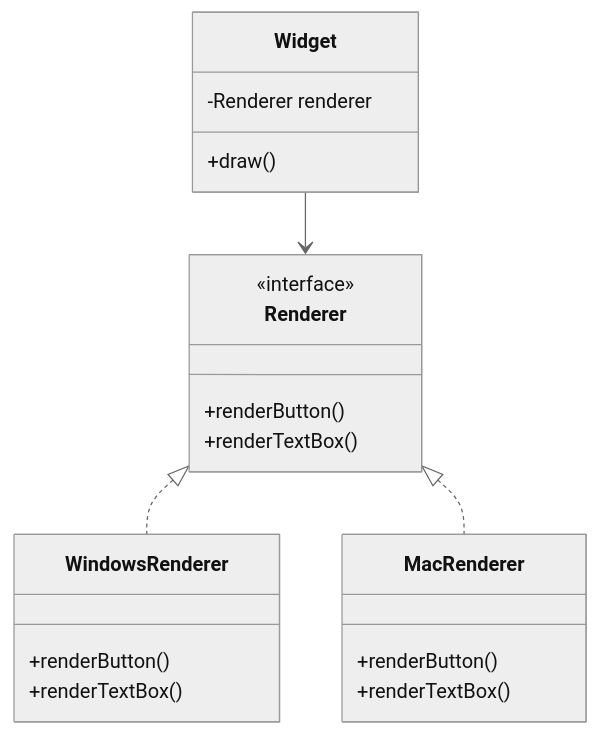
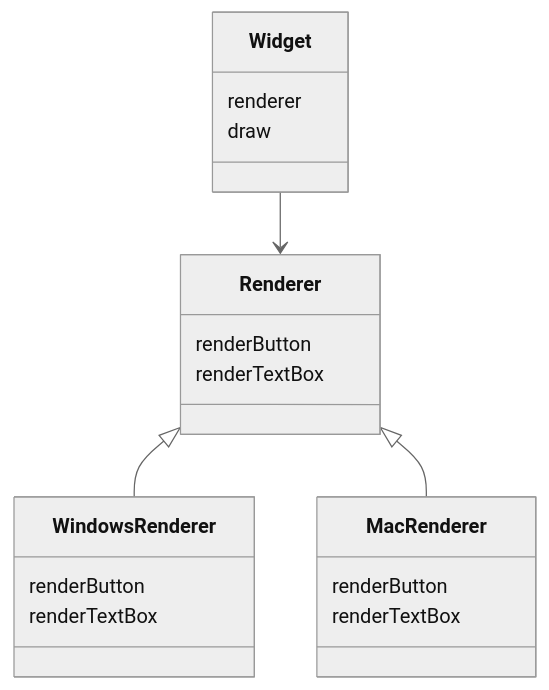
Before and after one commit to gojosatoru123-ux/CacheU: the sixth of 10 diagrams in src/content/lld-bridge-design-pattern.md, drawn with Mermaid (neutral theme). The commit also changed other lines of this file and 21 other files, not shown here.

````diff
--- a/src/content/lld-bridge-design-pattern.md
+++ b/src/content/lld-bridge-design-pattern.md
@@ -404,27 +402,26 @@
 ```mermaid
 classDiagram
-    class Widget {
-        -Renderer renderer
-        +draw()
-    }
+class Widget {
+    renderer
+    draw
+}
 
-    class Renderer {
-        <<interface>>
-        +renderButton()
-        +renderTextBox()
-    }
+class Renderer {
+    renderButton
+    renderTextBox
+}
 
-    class WindowsRenderer {
-        +renderButton()
-        +renderTextBox()
-    }
+class WindowsRenderer {
+    renderButton
+    renderTextBox
+}
 
-    class MacRenderer {
-        +renderButton()
-        +renderTextBox()
-    }
+class MacRenderer {
+    renderButton
+    renderTextBox
+}
 
-    Widget --> Renderer
-    Renderer <|.. WindowsRenderer
-    Renderer <|.. MacRenderer
+Widget --> Renderer
+Renderer <|-- WindowsRenderer
+Renderer <|-- MacRenderer
 ```
````
